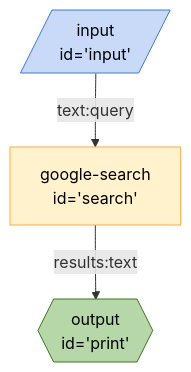
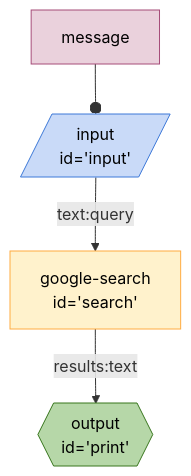
One commit to breadboard-ai/breadboard changed the diagram in seeds/graph-playground/docs/graphs/just-search.md. Above: the diagram before and after it, drawn with Mermaid. The commit also changed 15 other files, not shown here.

First line of the commit message:
[graphs] Show `configuration` as constants.

````diff
--- a/seeds/graph-playground/docs/graphs/just-search.md
+++ b/seeds/graph-playground/docs/graphs/just-search.md
@@ -4,16 +4,18 @@
 ```mermaid
 %%{init: 'themeVariables': { 'fontFamily': 'Fira Code, monospace' }}%%
 graph TD;
 input[/"input
 id='input'"/]:::input -- text:query --> search["google-search
 id='search'"]
 search["google-search
 id='search'"] -- results:text --> print{{"output
 id='print'"}}:::output
+messageinput[message]:::config --o input
 classDef default stroke:#ffab40,fill:#fff2ccff,color:#000
 classDef input stroke:#3c78d8,fill:#c9daf8ff,color:#000
 classDef output stroke:#38761d,fill:#b6d7a8ff,color:#000
 classDef passthrough stroke:#a64d79,fill:#ead1dcff,color:#000
 classDef slot stroke:#a64d79,fill:#ead1dcff,color:#000
+classDef config stroke:#a64d79,fill:#ead1dcff,color:#000
 classDef slotted stroke:#a64d79
 ```
````
